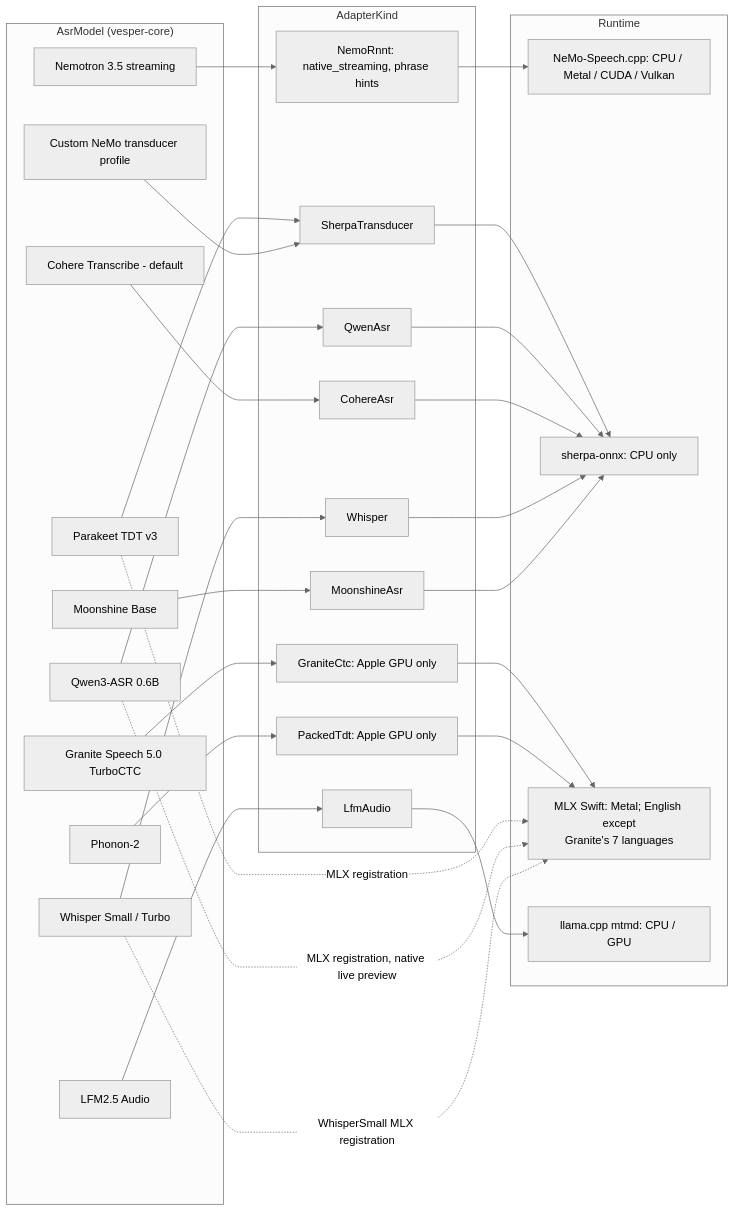
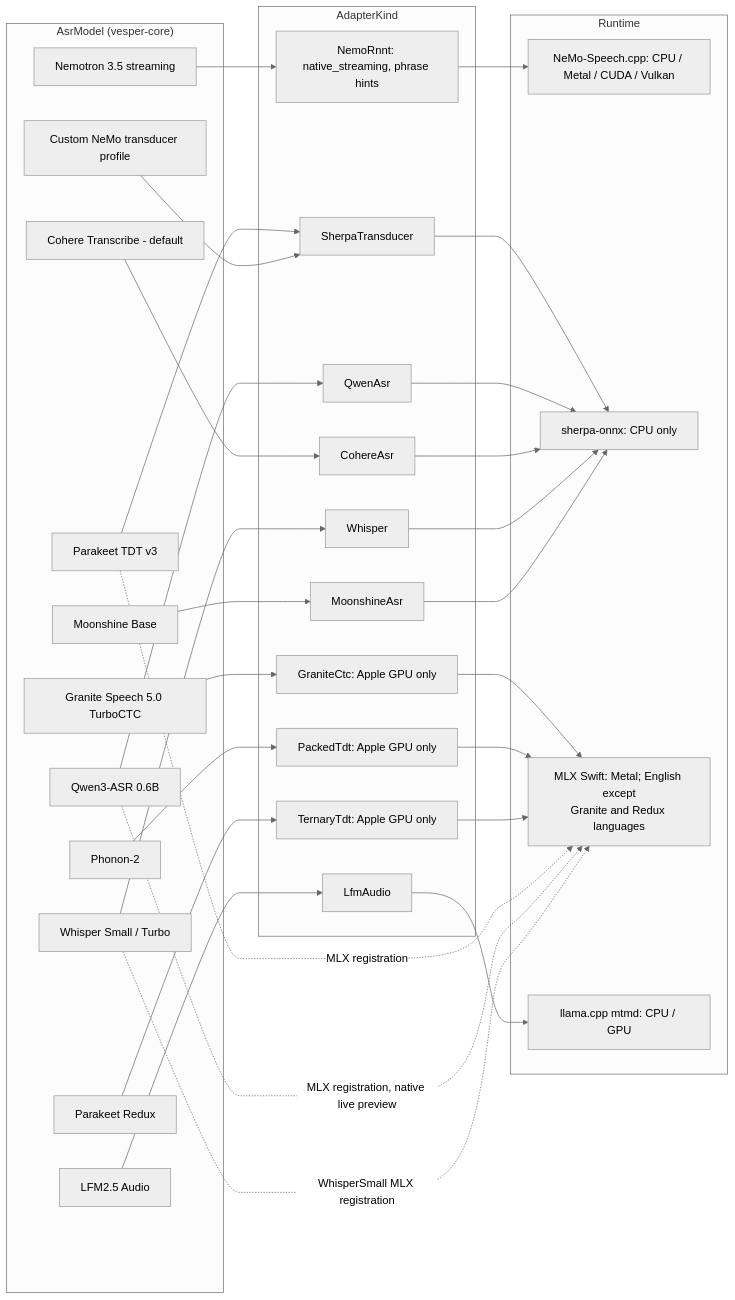
The fourth of 11 diagrams in docs/inference-architecture.md (rahulsharmavishwakarma/vesper), drawn with Mermaid (neutral theme) before and after one commit. The commit also changed other lines of this file and 9 other files, not shown here.

First line of the commit message:
Document Parakeet Redux's adapter, conversion and application-path results

````diff
--- a/docs/inference-architecture.md
+++ b/docs/inference-architecture.md
@@ -197,46 +197,49 @@
 ```mermaid
 flowchart LR
   subgraph Models["AsrModel (vesper-core)"]
     nem[Nemotron 3.5 streaming]
     par[Parakeet TDT v3]
     qwa[Qwen3-ASR 0.6B]
     coh[Cohere Transcribe - default]
     whi[Whisper Small / Turbo]
     lfm[LFM2.5 Audio]
     moo[Moonshine Base]
     gra[Granite Speech 5.0 TurboCTC]
     pho[Phonon-2]
+    red[Parakeet Redux]
     cus[Custom NeMo transducer profile]
   end
   subgraph Kinds["AdapterKind"]
     k1[NemoRnnt: native_streaming, phrase hints]
     k2[SherpaTransducer]
     k3[QwenAsr]
     k4[CohereAsr]
     k5[Whisper]
     k6[LfmAudio]
     k7[MoonshineAsr]
     k8[GraniteCtc: Apple GPU only]
     k9[PackedTdt: Apple GPU only]
+    k10[TernaryTdt: Apple GPU only]
   end
   subgraph Runtime["Runtime"]
     r1[NeMo-Speech.cpp: CPU / Metal / CUDA / Vulkan]
     r2[sherpa-onnx: CPU only]
-    r3[MLX Swift: Metal; English except<br/>Granite's 7 languages]
+    r3[MLX Swift: Metal; English except<br/>Granite and Redux languages]
     r4[llama.cpp mtmd: CPU / GPU]
   end
   nem --> k1 --> r1
   par --> k2
   cus --> k2
   qwa --> k3
   coh --> k4
   whi --> k5
   moo --> k7
   k2 & k3 & k4 & k5 & k7 --> r2
   gra --> k8 --> r3
   pho --> k9 --> r3
+  red --> k10 --> r3
   par -. "MLX registration" .-> r3
   qwa -. "MLX registration, native live preview" .-> r3
   whi -. "WhisperSmall MLX registration" .-> r3
   lfm --> k6 --> r4
 ```
````
